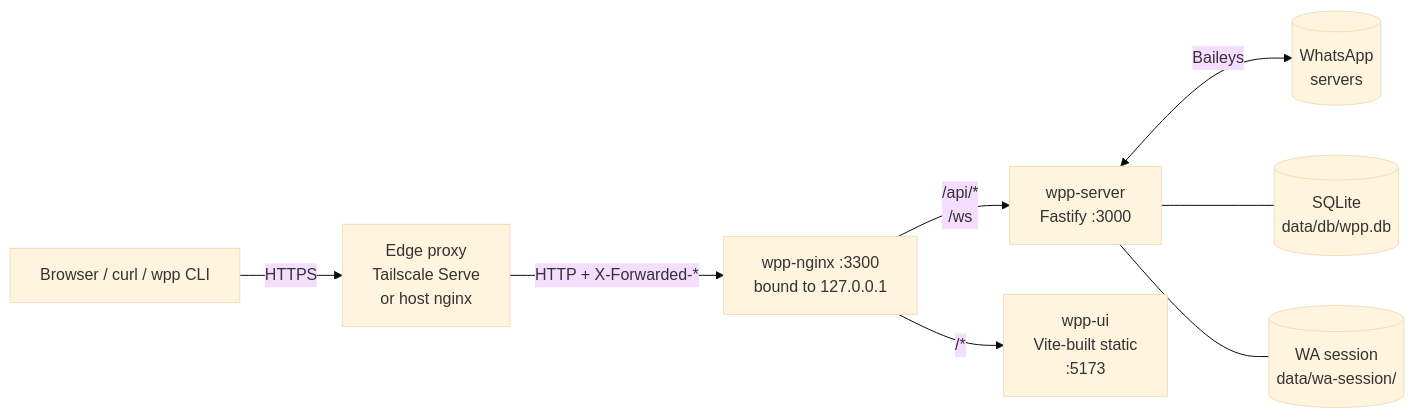
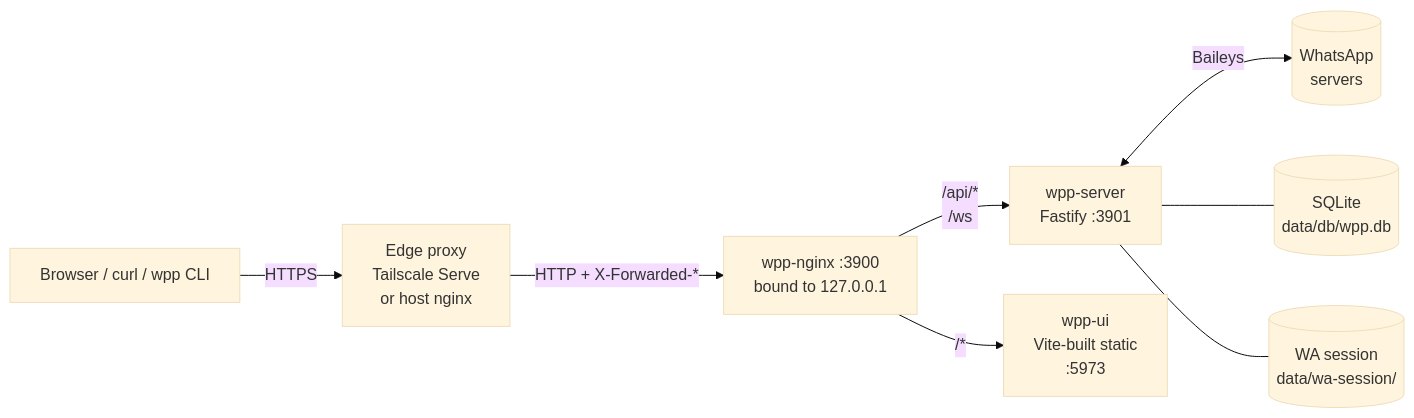
Before and after one commit to mahsanamin/whatsapp-personal-proxy: the diagram in README.md, drawn with Mermaid (base theme). The commit also changed other lines of this file and 16 other files, not shown here.

````diff
--- a/README.md
+++ b/README.md
@@ -40,10 +40,10 @@
 ```mermaid
 flowchart LR
     Browser[Browser / curl / wpp CLI] -->|HTTPS| Edge[Edge proxy<br/>Tailscale Serve<br/>or host nginx]
-    Edge -->|HTTP + X-Forwarded-*| ContainerNginx[wpp-nginx :3300<br/>bound to 127.0.0.1]
-    ContainerNginx -->|/api/*<br/>/ws| Server[wpp-server<br/>Fastify :3000]
-    ContainerNginx -->|/*| UI[wpp-ui<br/>Vite-built static<br/>:5173]
+    Edge -->|HTTP + X-Forwarded-*| ContainerNginx[wpp-nginx :3900<br/>bound to 127.0.0.1]
+    ContainerNginx -->|/api/*<br/>/ws| Server[wpp-server<br/>Fastify :3901]
+    ContainerNginx -->|/*| UI[wpp-ui<br/>Vite-built static<br/>:5973]
     Server <-->|Baileys| WhatsApp[(WhatsApp<br/>servers)]
     Server --- DB[(SQLite<br/>data/db/wpp.db)]
     Server --- Session[(WA session<br/>data/wa-session/)]
 ```
````
